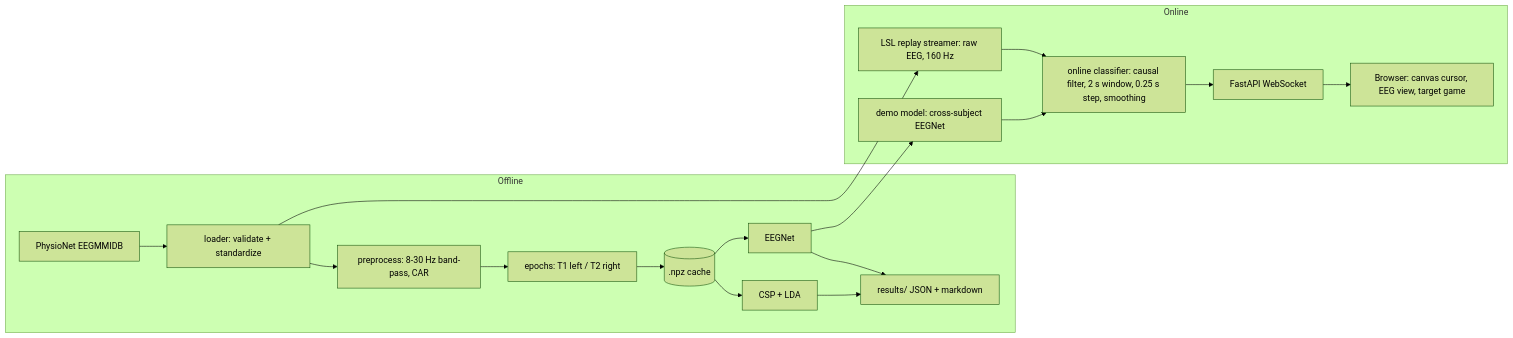
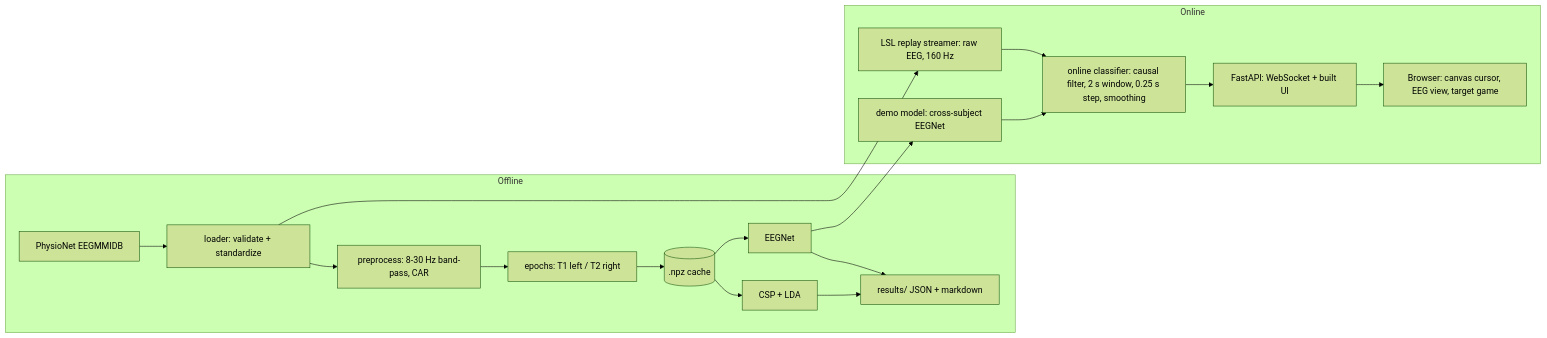
The diagram in README.md (efusha0/neurolink-lite), drawn with Mermaid (forest theme) before and after one commit. The commit also changed other lines of this file and 2 other files, not shown here.

````diff
--- a/README.md
+++ b/README.md
@@ -14,20 +70,20 @@
 ```mermaid
 flowchart LR
     subgraph Offline
         A[PhysioNet EEGMMIDB] --> B[loader: validate + standardize]
         B --> C[preprocess: 8-30 Hz band-pass, CAR]
         C --> D[epochs: T1 left / T2 right]
         D --> E[(.npz cache)]
         E --> F[CSP + LDA]
         E --> G[EEGNet]
         F & G --> H[results/ JSON + markdown]
     end
     subgraph Online
         B --> I[LSL replay streamer: raw EEG, 160 Hz]
         G --> M[demo model: cross-subject EEGNet]
         I --> J[online classifier: causal filter, 2 s window, 0.25 s step, smoothing]
         M --> J
-        J --> K[FastAPI WebSocket]
+        J --> K[FastAPI: WebSocket + built UI]
         K --> L[Browser: canvas cursor, EEG view, target game]
     end
 ```
````
